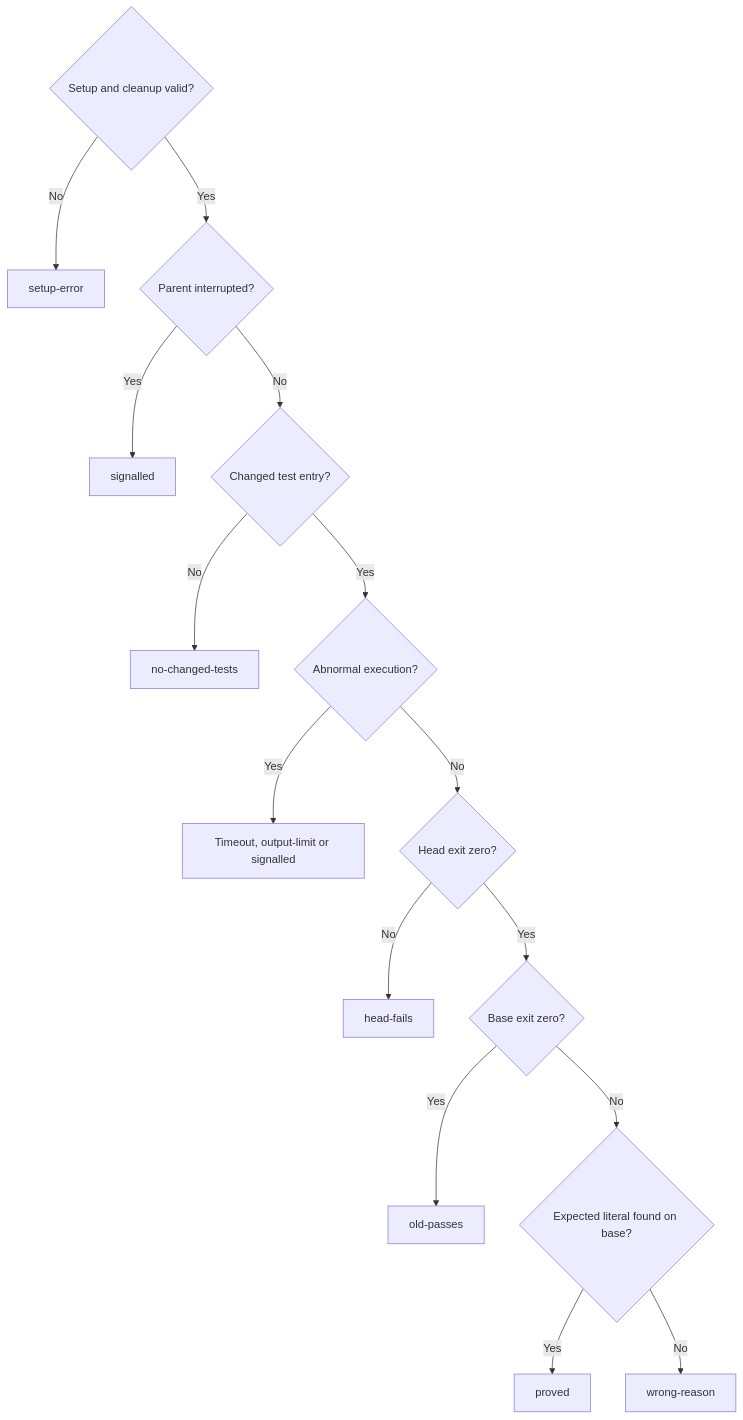
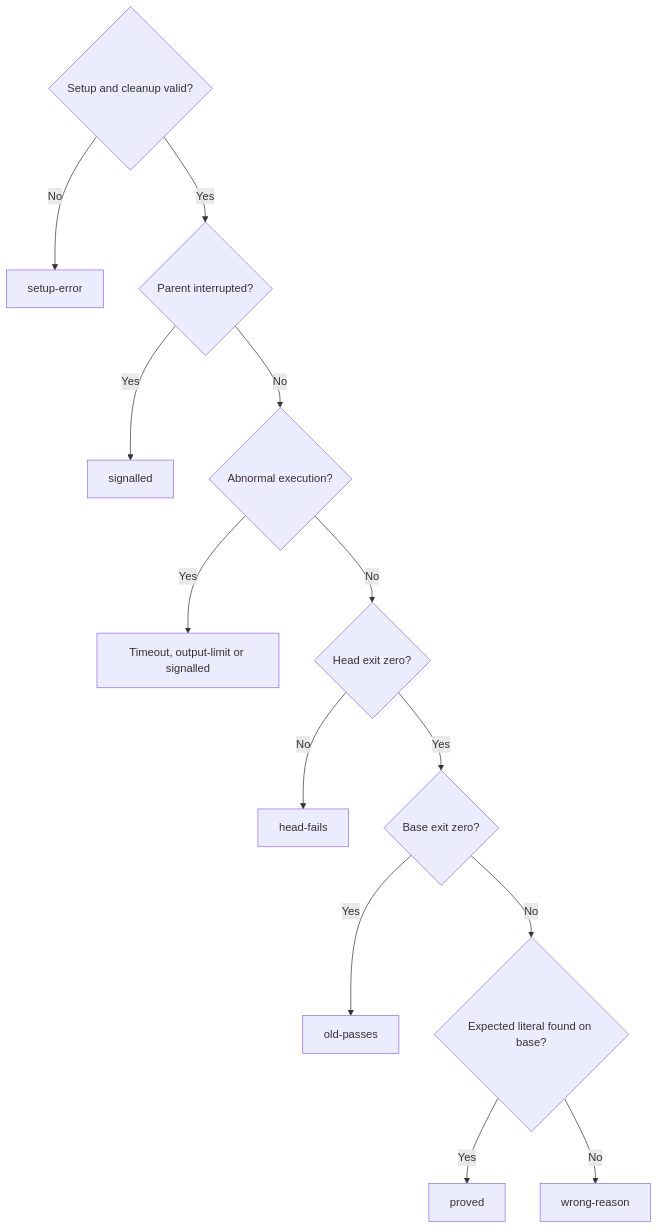
The diagram in prompts/cli/workflow-prove.prompt.md (promptdriven/pdd), drawn with Mermaid before and after one commit. The commit also changed other lines of this file and 4 other files, not shown here.

````diff
--- a/prompts/cli/workflow-prove.prompt.md
+++ b/prompts/cli/workflow-prove.prompt.md
@@ -19,17 +21,15 @@
 ```mermaid
 flowchart TD
   S{Setup and cleanup valid?} -->|No| E[setup-error]
   S -->|Yes| I{Parent interrupted?}
   I -->|Yes| J[signalled]
-  I -->|No| T{Changed test entry?}
-  T -->|No| N[no-changed-tests]
-  T -->|Yes| B{Abnormal execution?}
+  I -->|No| B{Abnormal execution?}
   B -->|Yes| A[Timeout, output-limit or signalled]
   B -->|No| H{Head exit zero?}
   H -->|No| F[head-fails]
   H -->|Yes| O{Base exit zero?}
   O -->|Yes| P[old-passes]
   O -->|No| X{Expected literal found on base?}
   X -->|Yes| Y[proved]
   X -->|No| W[wrong-reason]
 ```
````
